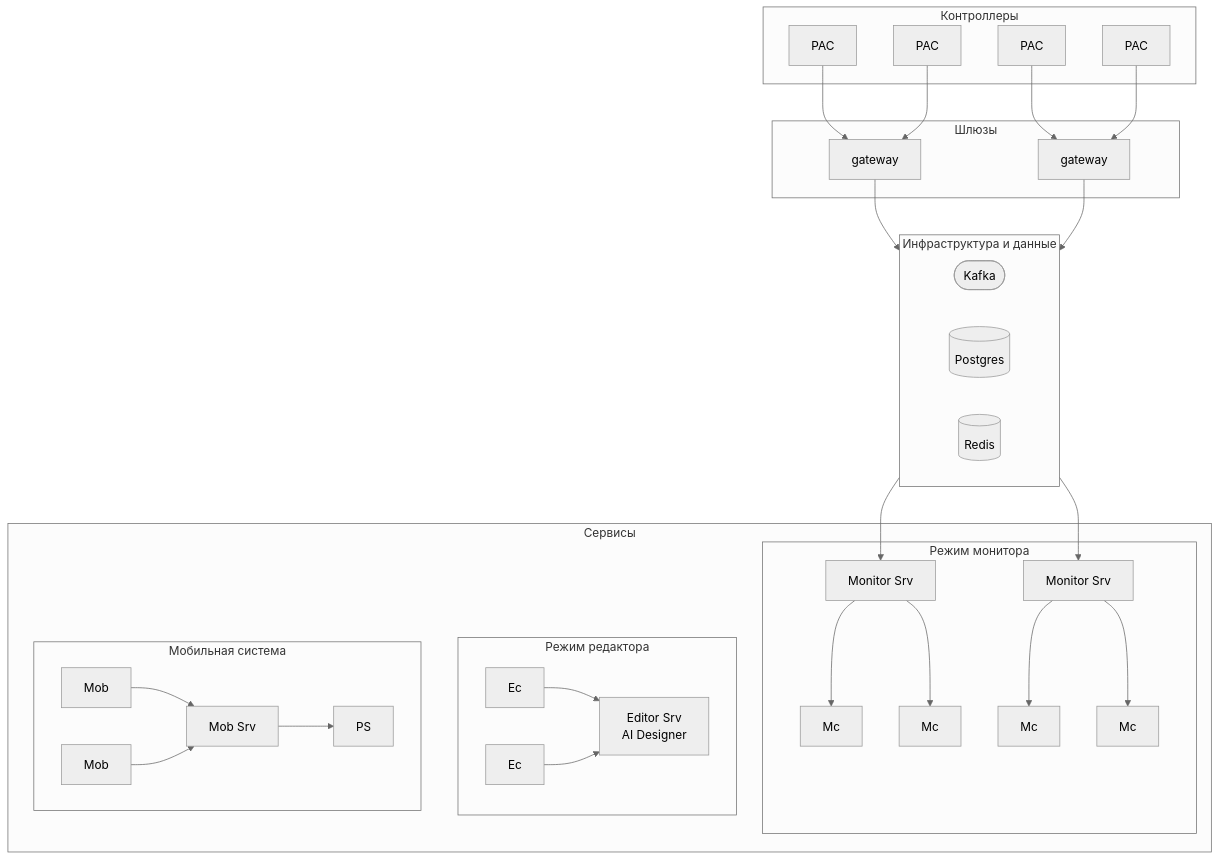
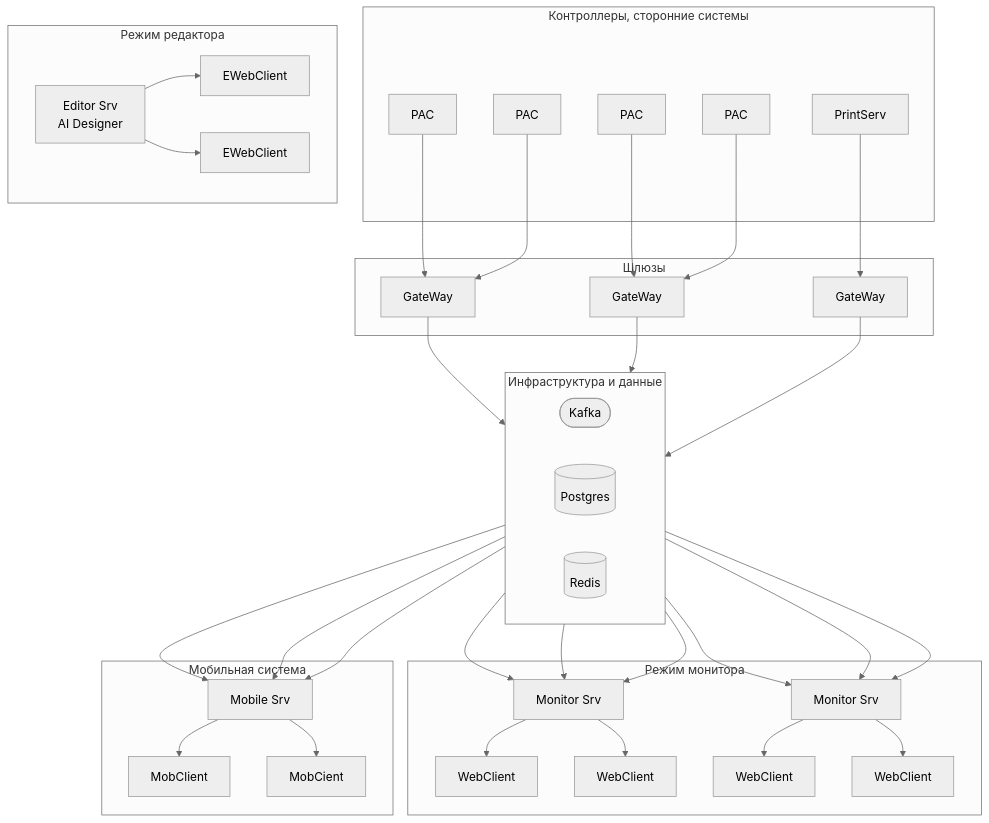
One commit to savushkin-dev/scada-docs changed the diagram in architecture.md. Above: the diagram before and after it, drawn with Mermaid (neutral theme).

Commit message:
Edit architecture schema

````diff
--- a/architecture.md
+++ b/architecture.md
@@ -2,68 +2,77 @@
 ```mermaid
 graph TD
-    subgraph "Контроллеры"
+    subgraph "Контроллеры, сторонние системы"
         C1["PAC"]
         C2["PAC"]
         C3["PAC"]
         C4["PAC"]
+        C5["PrintServ"]
     end
 
     subgraph "Шлюзы"
-        gw1["gateway"]
-        gw2["gateway"]
+        gw1["GateWay"]
+        gw2["GateWay"]
+        gw3["GateWay"]
     end
 
-    subgraph "Сервисы"
         subgraph "Режим монитора"
             MSrv1["Monitor Srv"]
             MSrv2["Monitor Srv"]
-            Mc1["Mc"]
-            Mc2["Mc"]
-            Mc3["Mc"]
-            Mc4["Mc"]
+            Mc1["WebClient"]
+            Mc2["WebClient"]
+            Mc3["WebClient"]
+            Mc4["WebClient"]
         end
 
         subgraph "Режим редактора"
             ESrv["Editor Srv <br/> AI Designer"]
-            Ec1["Ec"]
-            Ec2["Ec"]
+            Ec1["EWebClient"]
+            Ec2["EWebClient"]
         end
 
         subgraph "Мобильная система"
-            MobSrv["Mob Srv"]
-            PS["PS"]
-            Mob1["Mob"]
-            Mob2["Mob"]
+            MobSrv["Mobile Srv"]
+            Mob1["MobClient"]
+            Mob2["MobCient"]
         end
-    end
 
     subgraph "Инфраструктура и данные"
         direction LR
         Kafka([Kafka])
         Postgres[(Postgres)]
         Redis[(Redis)]
     end
 
     %% --- Соединения ---
 
     %% Клиенты -> Шлюзы
     C1 & C2 --> gw1
     C3 & C4 --> gw2
+    C5 --> gw3
 
     %% Шлюзы -> Kafka -> Мониторинг
     gw1 --> Kafka
     gw2 --> Kafka
+    gw3 --> Kafka
     Kafka --> MSrv1
     Kafka --> MSrv2
+    Kafka --> MobSrv
+    Postgres --> MSrv1
+    Postgres --> MSrv2
+    Postgres --> MobSrv
+    Redis --> MSrv1
+    Redis --> MSrv2
+    Redis --> MobSrv
+
 
     %% Сервисы мониторинга -> Mc
     MSrv1 --> Mc1 & Mc2
     MSrv2 --> Mc3 & Mc4
 
     %% Соединения системы редактора
-    Ec1 & Ec2 --> ESrv
+    ESrv --> Ec1 & Ec2  
 
     %% Соединения мобильной системы
-    Mob1 & Mob2 --> MobSrv
-    MobSrv --> PS
+    MobSrv --> Mob1 & Mob2
+
 ```
````
